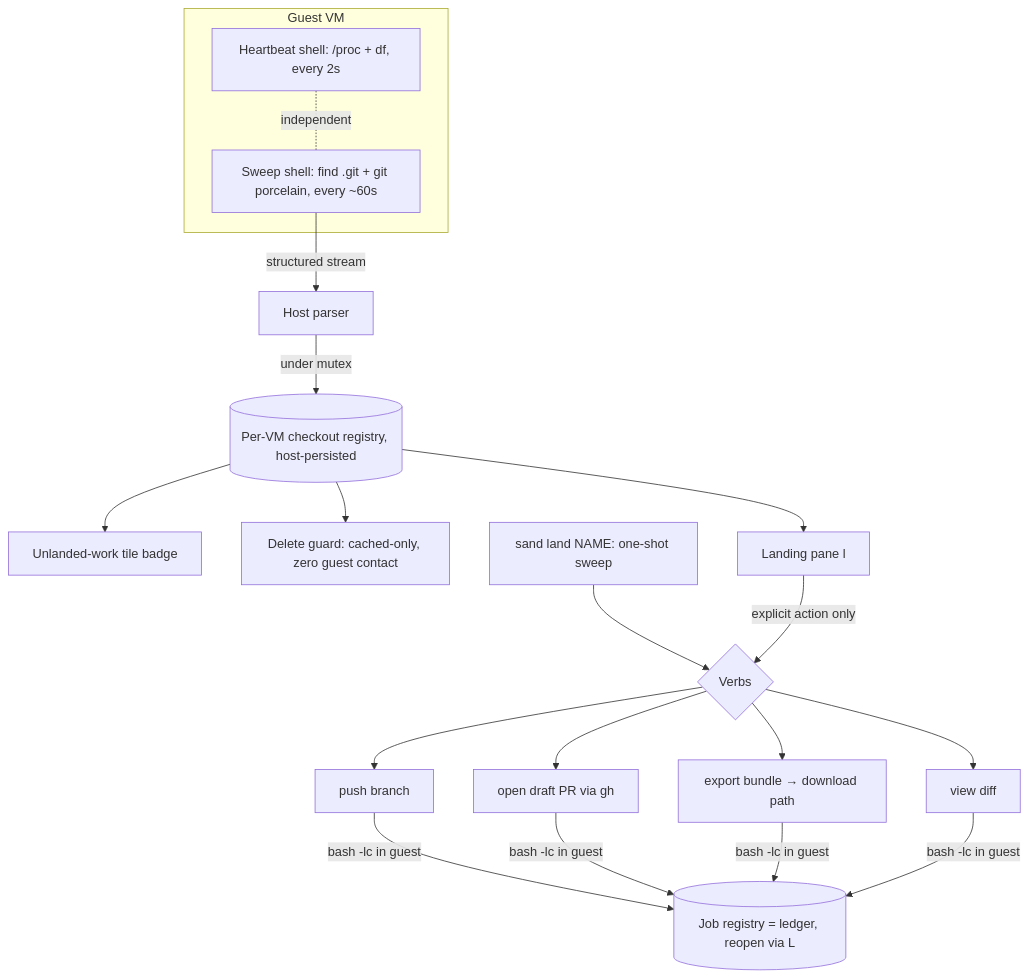
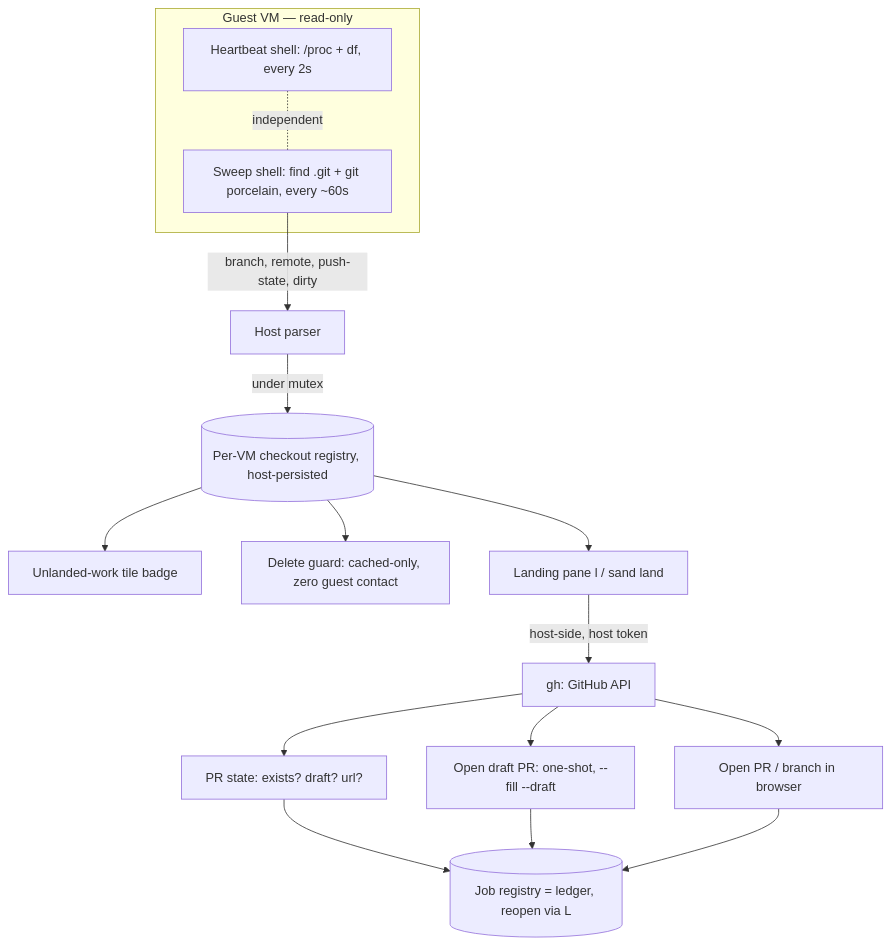
Before and after one commit to Lullabot/sandbar: the diagram in .ai/strikethroo/plans/17--land-work-extraction/plan-17--land-work-extraction.md, drawn with Mermaid. The commit also changed other lines of this file, not shown here.

First line of the commit message:
docs(strikethroo): pivot plan 17 — land becomes a PR/MR cockpit

````diff
--- a/.ai/strikethroo/plans/17--land-work-extraction/plan-17--land-work-extraction.md
+++ b/.ai/strikethroo/plans/17--land-work-extraction/plan-17--land-work-extraction.md
@@ -157,18 +165,16 @@
 ```mermaid
 graph TD
-    subgraph Guest [Guest VM]
+    subgraph Guest [Guest VM — read-only]
         HB[Heartbeat shell: /proc + df, every 2s] -.independent.- SW[Sweep shell: find .git + git porcelain, every ~60s]
     end
-    SW -->|structured stream| P[Host parser]
+    SW -->|branch, remote, push-state, dirty| P[Host parser]
     P -->|under mutex| REG[(Per-VM checkout registry, host-persisted)]
     REG --> BADGE[Unlanded-work tile badge]
     REG --> GUARD[Delete guard: cached-only, zero guest contact]
-    REG --> PANE[Landing pane l]
-    ONESHOT[sand land NAME: one-shot sweep] --> VERBS
-    PANE -->|explicit action only| VERBS{Verbs}
-    VERBS --> PUSH[push branch]
-    VERBS --> PR[open draft PR via gh]
-    VERBS --> BUNDLE[export bundle → download path]
-    VERBS --> DIFF[view diff]
-    PUSH & PR & BUNDLE & DIFF -->|bash -lc in guest| JOBS[(Job registry = ledger, reopen via L)]
+    REG --> PANE[Landing pane l / sand land]
+    PANE -->|host-side, host token| GH[gh: GitHub API]
+    GH --> LIST[PR state: exists? draft? url?]
+    GH --> OPEN[Open draft PR: one-shot, --fill --draft]
+    GH --> WEB[Open PR / branch in browser]
+    LIST & OPEN & WEB --> JOBS[(Job registry = ledger, reopen via L)]
 ```
````
